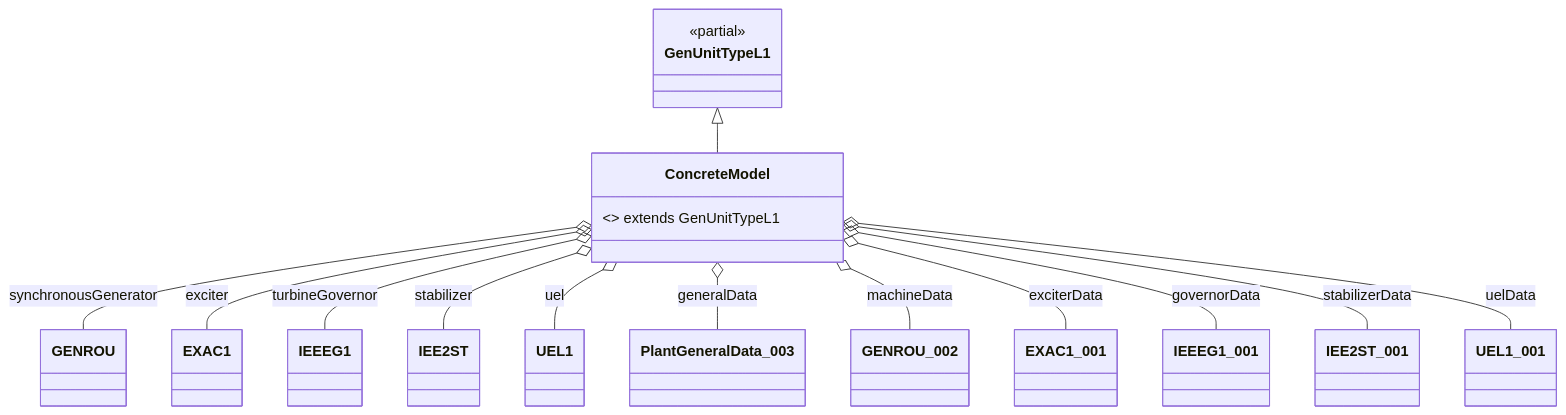
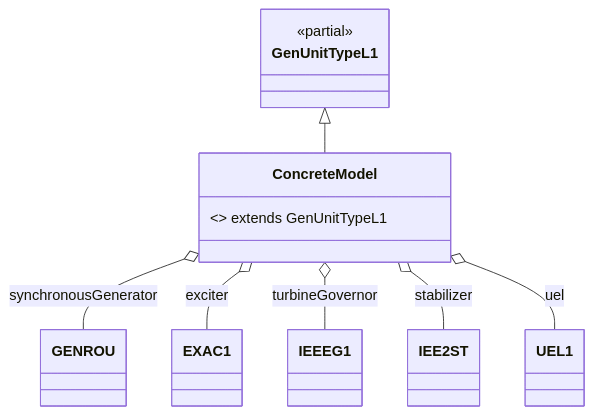
The second of 2 diagrams in modelica/OpalRT/docs/TypeL.md (Opal-RT-Technologies/ephasorsim-modelica-library), drawn with Mermaid before and after one commit. The commit also changed other lines of this file and 56 other files, not shown here.

````diff
--- a/modelica/OpalRT/docs/TypeL.md
+++ b/modelica/OpalRT/docs/TypeL.md
@@ -90,28 +70,17 @@
 ```mermaid
 classDiagram
 class GenUnitTypeL1 { <<partial>> }
 class ConcreteModel { <<model>> extends GenUnitTypeL1 }
 class GENROU { }
 class EXAC1 { }
 class IEEEG1 { }
 class IEE2ST { }
 class UEL1 { }
-class PlantGeneralData_003 { }
-class GENROU_002 { }
-class EXAC1_001 { }
-class IEEEG1_001 { }
-class IEE2ST_001 { }
-class UEL1_001 { }
+
 GenUnitTypeL1 <|-- ConcreteModel
 ConcreteModel o-- GENROU : synchronousGenerator
 ConcreteModel o-- EXAC1 : exciter
 ConcreteModel o-- IEEEG1 : turbineGovernor
 ConcreteModel o-- IEE2ST : stabilizer
 ConcreteModel o-- UEL1 : uel
-ConcreteModel o-- PlantGeneralData_003 : generalData
-ConcreteModel o-- GENROU_002 : machineData
-ConcreteModel o-- EXAC1_001 : exciterData
-ConcreteModel o-- IEEEG1_001 : governorData
-ConcreteModel o-- IEE2ST_001 : stabilizerData
-ConcreteModel o-- UEL1_001 : uelData
 ```
````
